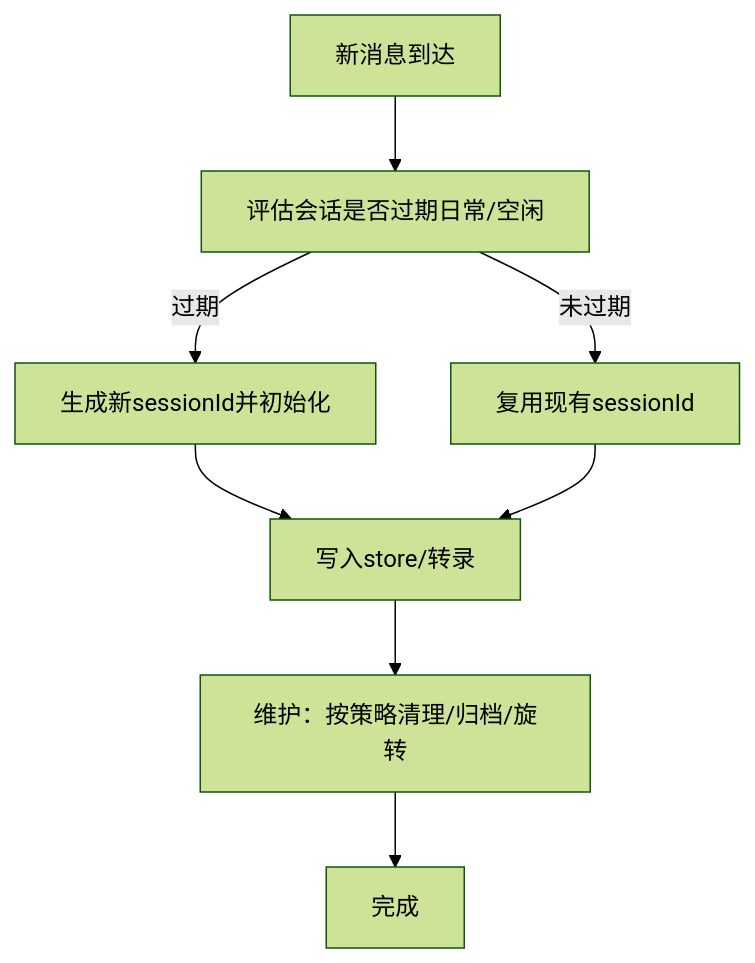
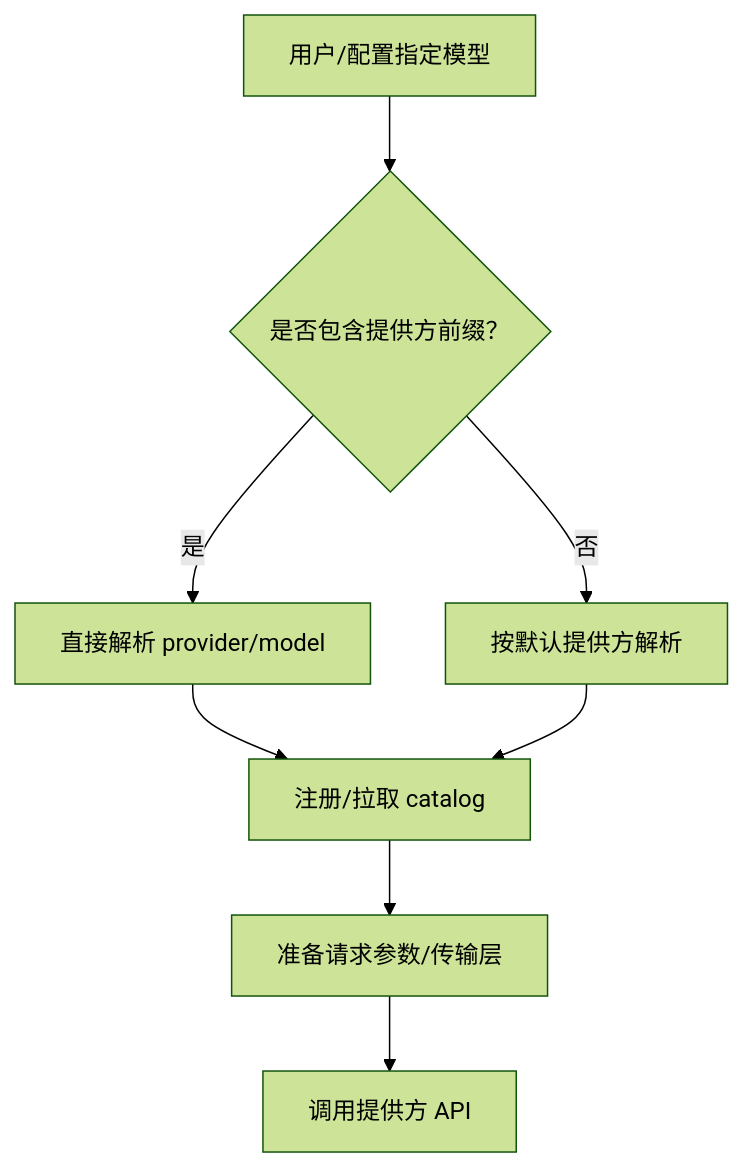
The sixth of 10 diagrams in repowiki/zh/content/核心概念/核心概念.md (botx-work/OpenClaw-Internals), drawn with Mermaid (forest theme) before and after one commit. The commit also changed other lines of this file and 542 other files, not shown here.

````diff
--- a/repowiki/zh/content/核心概念/核心概念.md
+++ b/repowiki/zh/content/核心概念/核心概念.md
@@ -179,10 +255,10 @@
 ```mermaid
 flowchart TD
-S0["新消息到达"] --> Check["评估会话是否过期日常/空闲"]
-Check --> |过期| New["生成新sessionId并初始化"]
-Check --> |未过期| Reuse["复用现有sessionId"]
-New --> Persist["写入store/转录"]
-Reuse --> Persist
-Persist --> Cleanup["维护：按策略清理/归档/旋转"]
-Cleanup --> Done["完成"]
+S["用户/配置指定模型"] --> P{"是否包含提供方前缀？"}
+P --> |是| Q["直接解析 provider/model"]
+P --> |否| R["按默认提供方解析"]
+Q --> C["注册/拉取 catalog"]
+R --> C
+C --> T["准备请求参数/传输层"]
+T --> U["调用提供方 API"]
 ```
````
